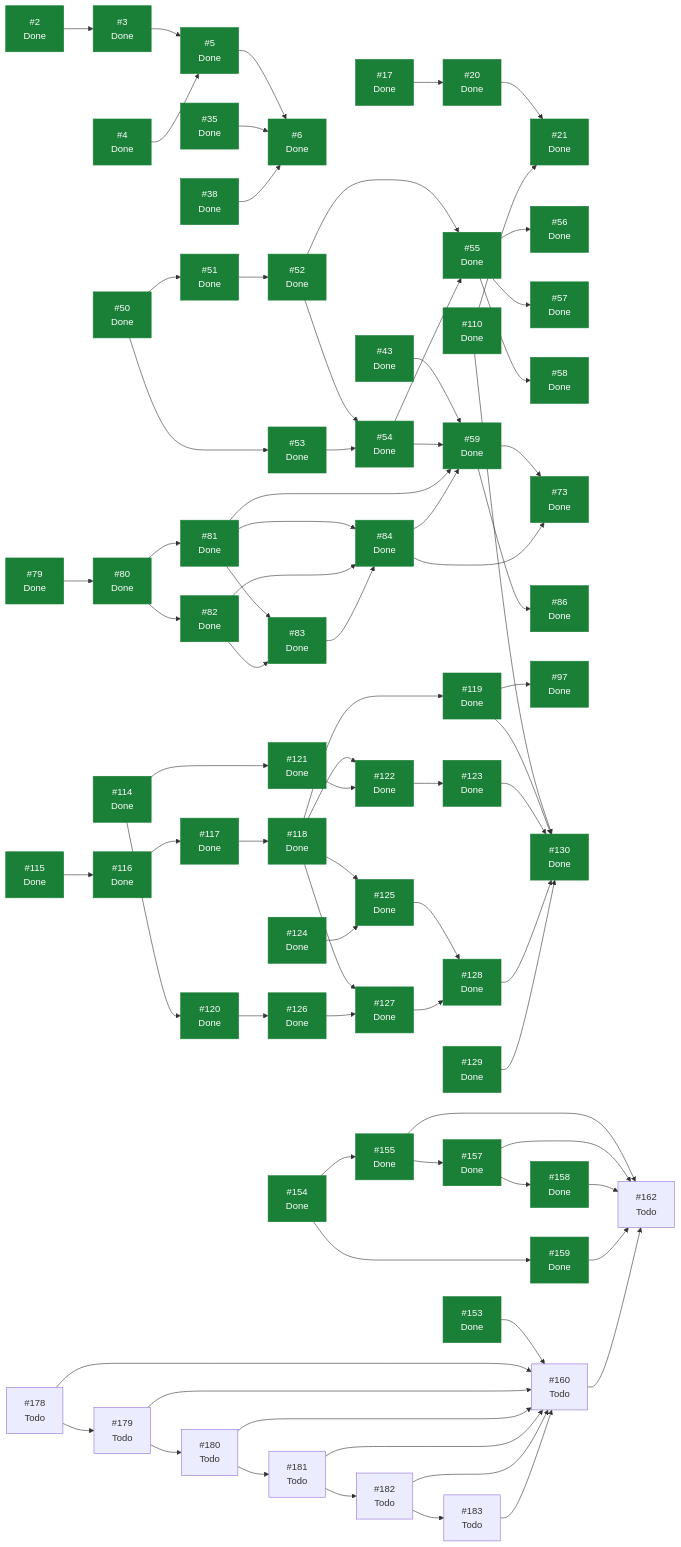
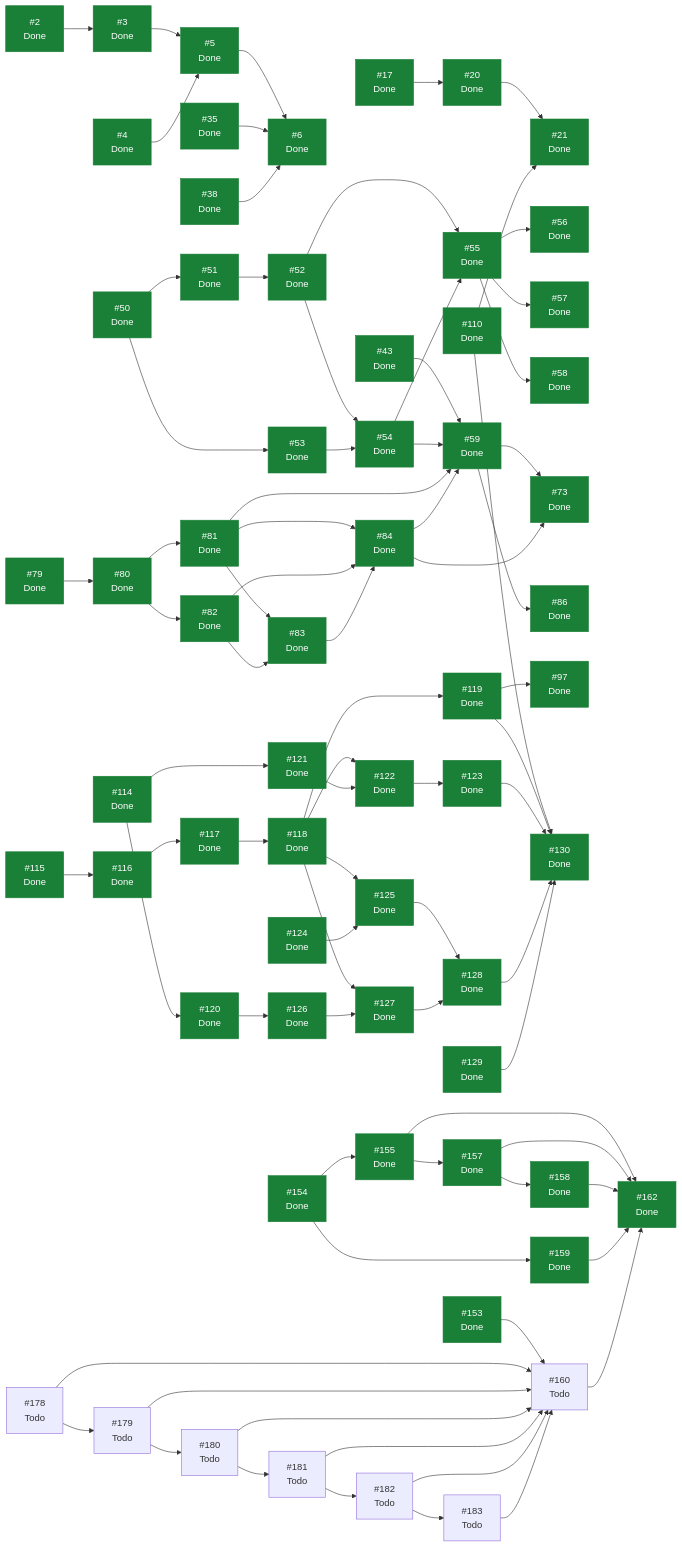
Before and after one commit to ecamp0s/evault: the diagram in docs/planning/STATUS.md, drawn with Mermaid. The commit also changed other lines of this file, not shown here.

Commit message:
docs: regenerar STATUS.md [skip ci]

````diff
--- a/docs/planning/STATUS.md
+++ b/docs/planning/STATUS.md
@@ -234,7 +234,7 @@
   I158["#158<br/>Done"]
   I159["#159<br/>Done"]
   I160["#160<br/>Todo"]
-  I162["#162<br/>Todo"]
+  I162["#162<br/>Done"]
   I178["#178<br/>Todo"]
   I179["#179<br/>Todo"]
   I180["#180<br/>Todo"]
@@ -319,5 +319,5 @@
   I182 --> I183
   I183 --> I160
   classDef hecho fill:#1a7f37,stroke:#1a7f37,color:#fff;
-  class I2,I3,I4,I5,I6,I17,I20,I21,I35,I38,I43,I50,I51,I52,I53,I54,I55,I56,I57,I58,I59,I73,I79,I80,I81,I82,I83,I84,I86,I97,I110,I114,I115,I116,I117,I118,I119,I120,I121,I122,I123,I124,I125,I126,I127,I128,I129,I130,I153,I154,I155,I157,I158,I159 hecho;
+  class I2,I3,I4,I5,I6,I17,I20,I21,I35,I38,I43,I50,I51,I52,I53,I54,I55,I56,I57,I58,I59,I73,I79,I80,I81,I82,I83,I84,I86,I97,I110,I114,I115,I116,I117,I118,I119,I120,I121,I122,I123,I124,I125,I126,I127,I128,I129,I130,I153,I154,I155,I157,I158,I159,I162 hecho;
 ```
````
